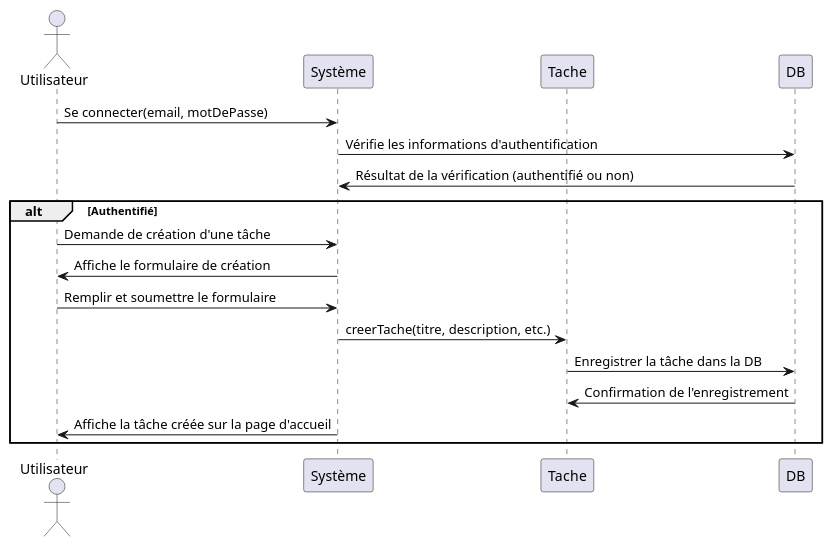
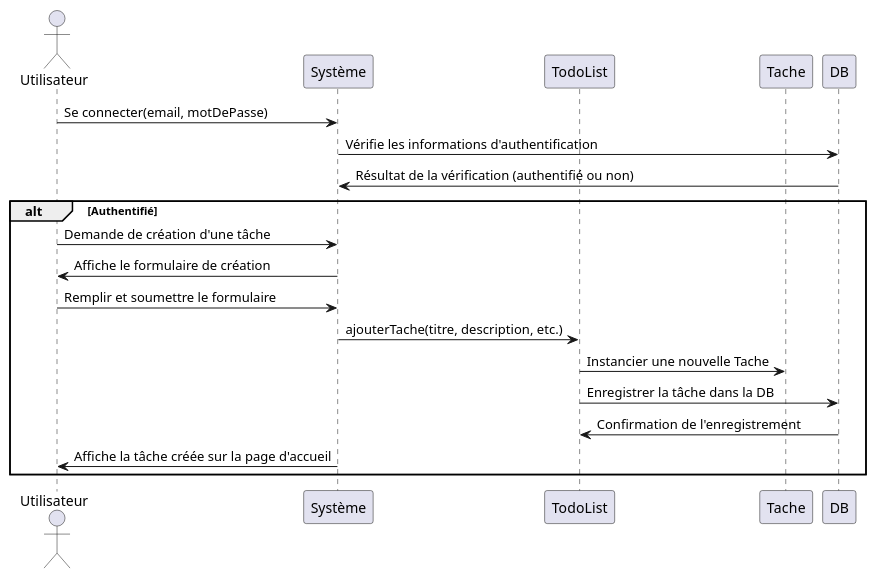
Before and after one commit to HoudAlami/TodoApp: the diagram in src/main/resources/conception/DiagramSequence/sequenceDiagramCreerTache.puml, drawn with PlantUML. The commit also changed 7 other files, not shown here.

Commit message:
Finalisation Modélisation UML

```diff
--- a/src/main/resources/conception/DiagramSequence/sequenceDiagramCreerTache.puml
+++ b/src/main/resources/conception/DiagramSequence/sequenceDiagramCreerTache.puml
@@ -1,19 +1,21 @@
 @startuml
 actor Utilisateur
 participant "Système" as System
+participant TodoList
 participant Tache
 participant DB
 
 Utilisateur -> System : Se connecter(email, motDePasse)
 System -> DB : Vérifie les informations d'authentification
 DB -> System : Résultat de la vérification (authentifié ou non)
 alt Authentifié
     Utilisateur -> System : Demande de création d'une tâche
     System -> Utilisateur : Affiche le formulaire de création
     Utilisateur -> System : Remplir et soumettre le formulaire
-    System -> Tache : creerTache(titre, description, etc.)
-    Tache -> DB : Enregistrer la tâche dans la DB
-    DB -> Tache : Confirmation de l'enregistrement
+    System -> TodoList : ajouterTache(titre, description, etc.)
+    TodoList -> Tache : Instancier une nouvelle Tache
+    TodoList -> DB : Enregistrer la tâche dans la DB
+    DB -> TodoList : Confirmation de l'enregistrement
     System -> Utilisateur : Affiche la tâche créée sur la page d'accueil
 end
 @enduml
```
